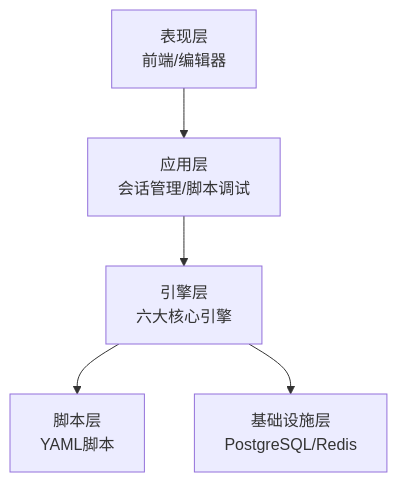
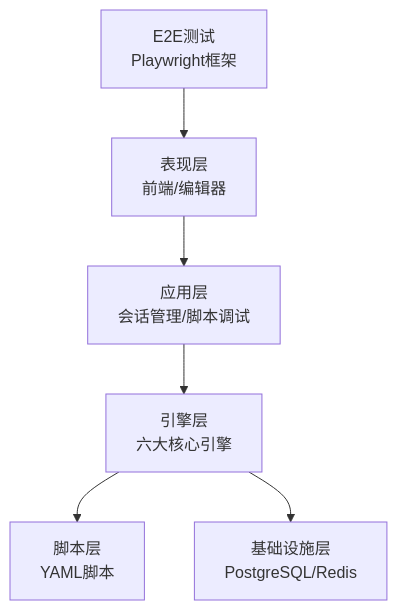
One commit to EverettCamus/HeartRule-Qoder changed the second of 11 diagrams in .qoder/repowiki/zh/content/开发指南/开发指南.md. Above: the diagram before and after it, drawn with Mermaid. The commit also changed other lines of this file and 40 other files, not shown here.

````diff
--- a/.qoder/repowiki/zh/content/开发指南/开发指南.md
+++ b/.qoder/repowiki/zh/content/开发指南/开发指南.md
@@ -107,7 +130,8 @@
 ```mermaid
 graph TB
 UI["表现层<br/>前端/编辑器"] --> APP["应用层<br/>会话管理/脚本调试"]
 APP --> ENG["引擎层<br/>六大核心引擎"]
 ENG --> SCRIPT["脚本层<br/>YAML脚本"]
 ENG --> INFRA["基础设施层<br/>PostgreSQL/Redis"]
+E2E["E2E测试<br/>Playwright框架"] --> UI
 ```
````
